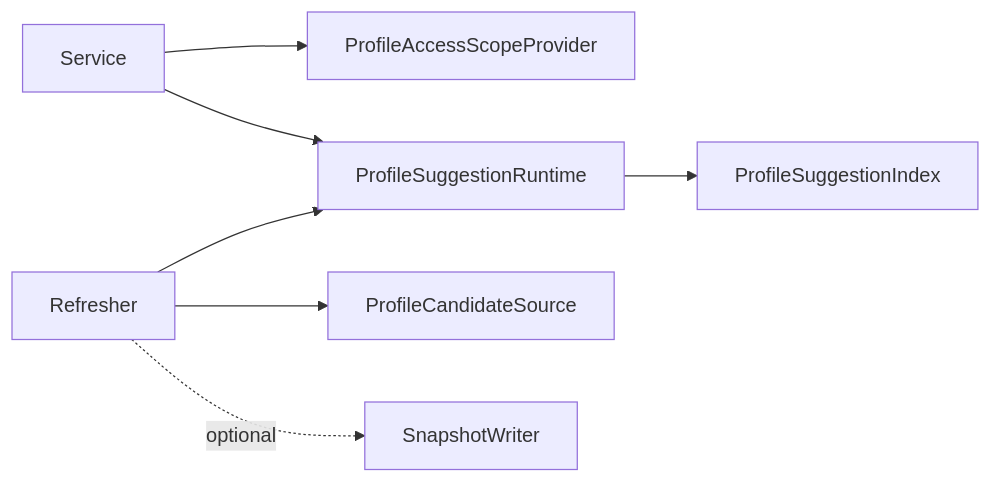
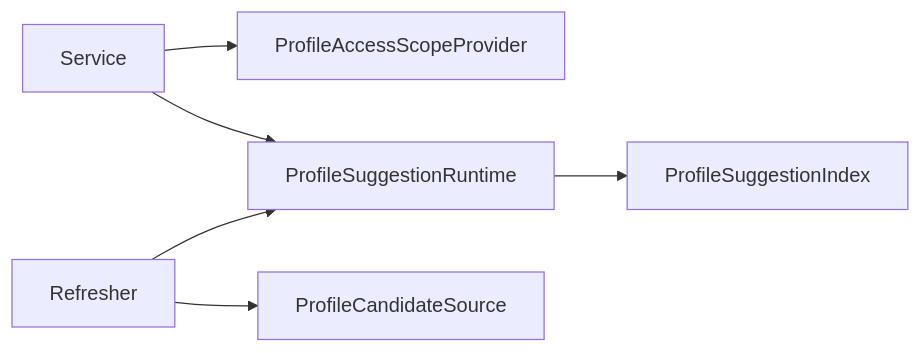
One commit to FangcunMount/iam changed the diagram in docs/02-业务模块/05-Suggest/01-模型与应用端口.md. Above: the diagram before and after it, drawn with Mermaid. The commit also changed other lines of this file and 141 other files, not shown here.

````diff
--- a/docs/02-业务模块/05-Suggest/01-模型与应用端口.md
+++ b/docs/02-业务模块/05-Suggest/01-模型与应用端口.md
@@ -112,9 +111,8 @@
 ```mermaid
 flowchart LR
     Service --> ScopeProvider["ProfileAccessScopeProvider"]
     Service --> Runtime["ProfileSuggestionRuntime"]
     Runtime --> Index["ProfileSuggestionIndex"]
     Refresher --> Source["ProfileCandidateSource"]
     Refresher --> Runtime
-    Refresher -. optional .-> SnapshotWriter
 ```
````
